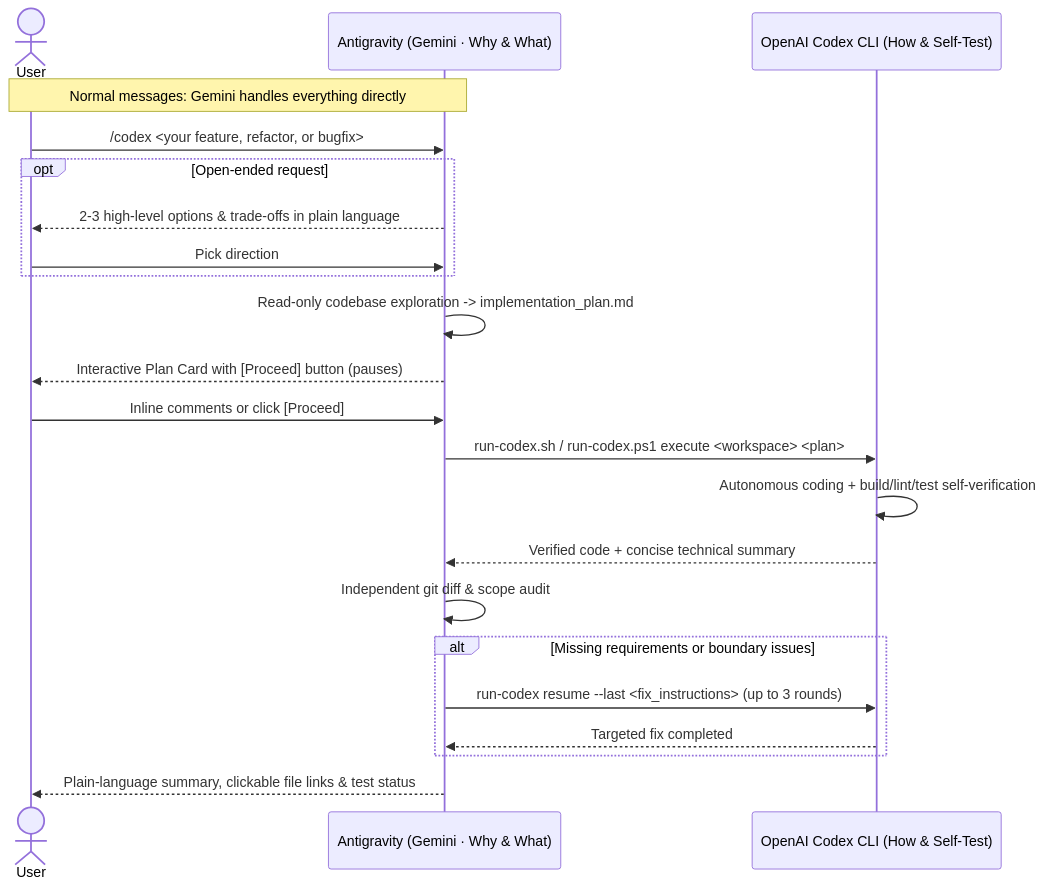
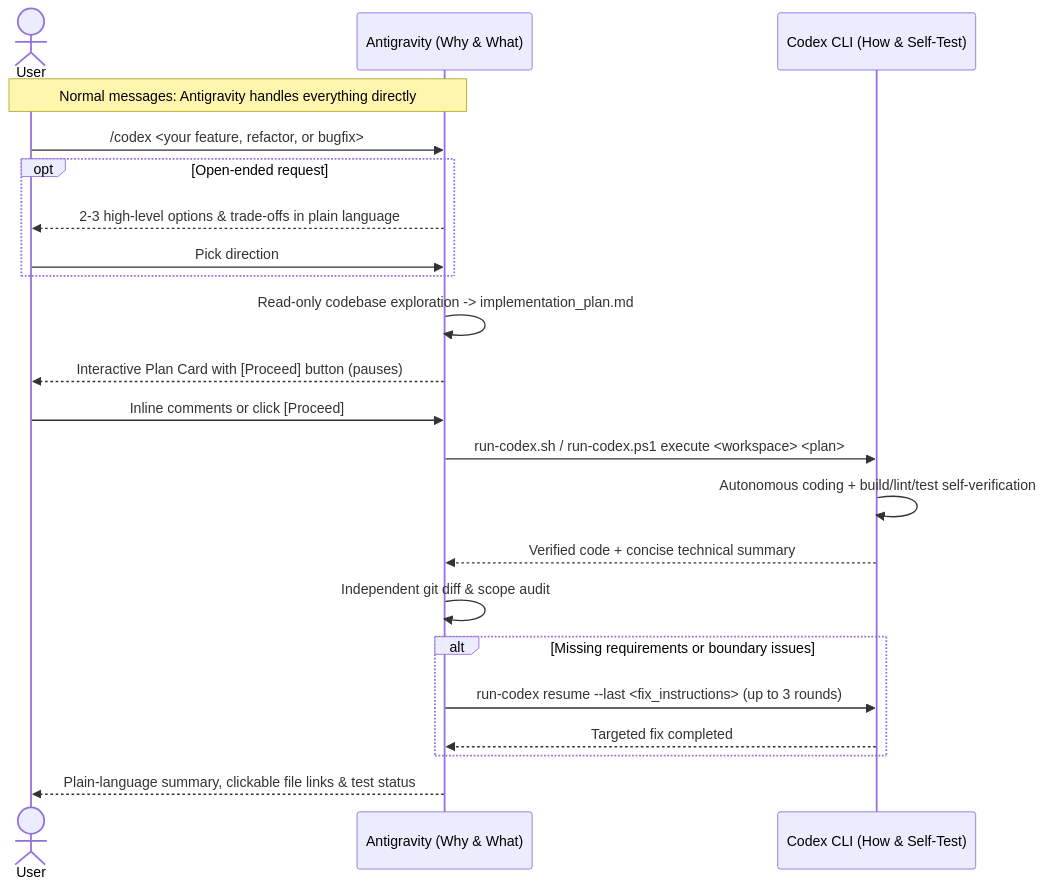
The diagram in README.md (19zbhy/antigravity-codex), drawn with Mermaid before and after one commit. The commit also changed other lines of this file and 7 other files, not shown here.

Commit message:
docs: polish wording and align Antigravity x Codex naming symmetry

````diff
--- a/README.md
+++ b/README.md
@@ -38,25 +38,25 @@
 ```mermaid
 sequenceDiagram
     actor User as User
-    participant Gemini as Antigravity (Gemini · Why & What)
-    participant Codex as OpenAI Codex CLI (How & Self-Test)
+    participant Antigravity as Antigravity (Why & What)
+    participant Codex as Codex CLI (How & Self-Test)
 
-    Note over User,Gemini: Normal messages: Gemini handles everything directly
-    User->>Gemini: /codex <your feature, refactor, or bugfix>
+    Note over User,Antigravity: Normal messages: Antigravity handles everything directly
+    User->>Antigravity: /codex <your feature, refactor, or bugfix>
     opt Open-ended request
-        Gemini-->>User: 2-3 high-level options & trade-offs in plain language
-        User->>Gemini: Pick direction
+        Antigravity-->>User: 2-3 high-level options & trade-offs in plain language
+        User->>Antigravity: Pick direction
     end
-    Gemini->>Gemini: Read-only codebase exploration -> implementation_plan.md
-    Gemini-->>User: Interactive Plan Card with [Proceed] button (pauses)
-    User->>Gemini: Inline comments or click [Proceed]
-    Gemini->>Codex: run-codex.sh / run-codex.ps1 execute <workspace> <plan>
+    Antigravity->>Antigravity: Read-only codebase exploration -> implementation_plan.md
+    Antigravity-->>User: Interactive Plan Card with [Proceed] button (pauses)
+    User->>Antigravity: Inline comments or click [Proceed]
+    Antigravity->>Codex: run-codex.sh / run-codex.ps1 execute <workspace> <plan>
     Codex->>Codex: Autonomous coding + build/lint/test self-verification
-    Codex-->>Gemini: Verified code + concise technical summary
-    Gemini->>Gemini: Independent git diff & scope audit
+    Codex-->>Antigravity: Verified code + concise technical summary
+    Antigravity->>Antigravity: Independent git diff & scope audit
     alt Missing requirements or boundary issues
-        Gemini->>Codex: run-codex resume --last <fix_instructions> (up to 3 rounds)
-        Codex-->>Gemini: Targeted fix completed
+        Antigravity->>Codex: run-codex resume --last <fix_instructions> (up to 3 rounds)
+        Codex-->>Antigravity: Targeted fix completed
     end
-    Gemini-->>User: Plain-language summary, clickable file links & test status
+    Antigravity-->>User: Plain-language summary, clickable file links & test status
 ```
````
